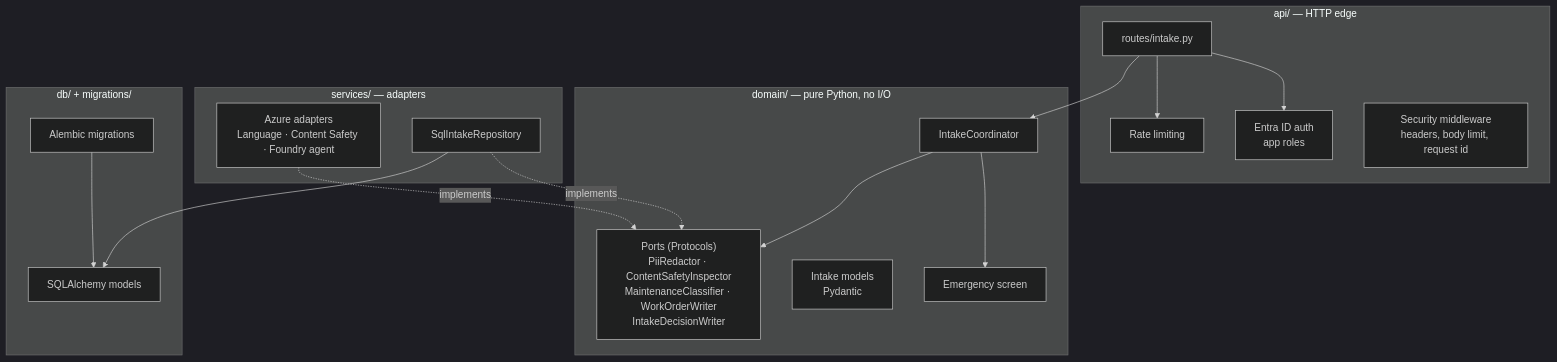
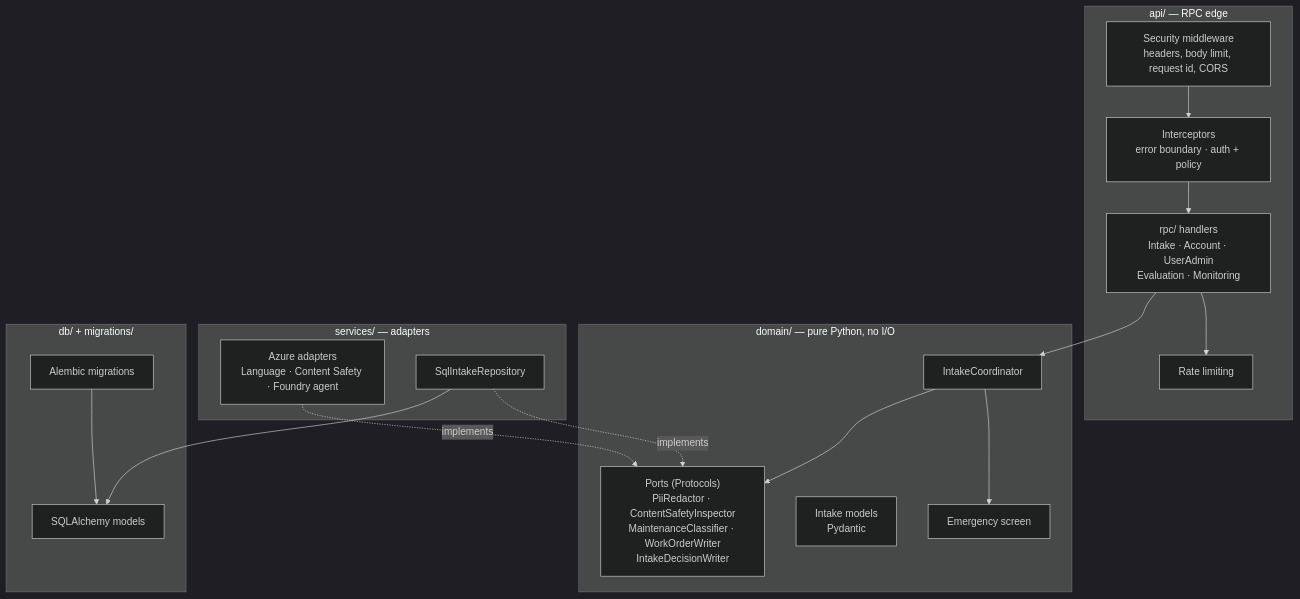
One commit to wasif1024/facilityops changed the second of 15 diagrams in docs/architecture.md. Above: the diagram before and after it, drawn with Mermaid (dark theme). The commit also changed other lines of this file and 62 other files, not shown here.

Commit message:
Users and RBAC: Entra ID authenticates; roles and permissions live in

````diff
--- a/docs/architecture.md
+++ b/docs/architecture.md
@@ -61,35 +64,36 @@
 ```mermaid
 flowchart TB
-    subgraph api["api/ — HTTP edge"]
-        routes["routes/intake.py"]
-        auth["Entra ID auth<br/>app roles"]
+    subgraph api["api/ — RPC edge"]
+        mw["Security middleware<br/>headers, body limit, request id, CORS"]
+        icpt["Interceptors<br/>error boundary · auth + policy"]
+        routes["rpc/ handlers<br/>Intake · Account · UserAdmin<br/>Evaluation · Monitoring"]
         rl["Rate limiting"]
-        mw["Security middleware<br/>headers, body limit, request id"]
     end
 
     subgraph domain["domain/ — pure Python, no I/O"]
         coord["IntakeCoordinator"]
         emerg["Emergency screen"]
         models["Intake models<br/>Pydantic"]
         ports["Ports (Protocols)<br/>PiiRedactor · ContentSafetyInspector<br/>MaintenanceClassifier · WorkOrderWriter<br/>IntakeDecisionWriter"]
     end
 
     subgraph services["services/ — adapters"]
         azad["Azure adapters<br/>Language · Content Safety · Foundry agent"]
         repo["SqlIntakeRepository"]
     end
 
     subgraph db["db/ + migrations/"]
         orm["SQLAlchemy models"]
         alembic["Alembic migrations"]
     end
 
-    routes --> auth & rl
+    mw --> icpt --> routes
+    routes --> rl
     routes --> coord
     coord --> emerg
     coord --> ports
     azad -. implements .-> ports
     repo -. implements .-> ports
     repo --> orm
     alembic --> orm
 ```
````
